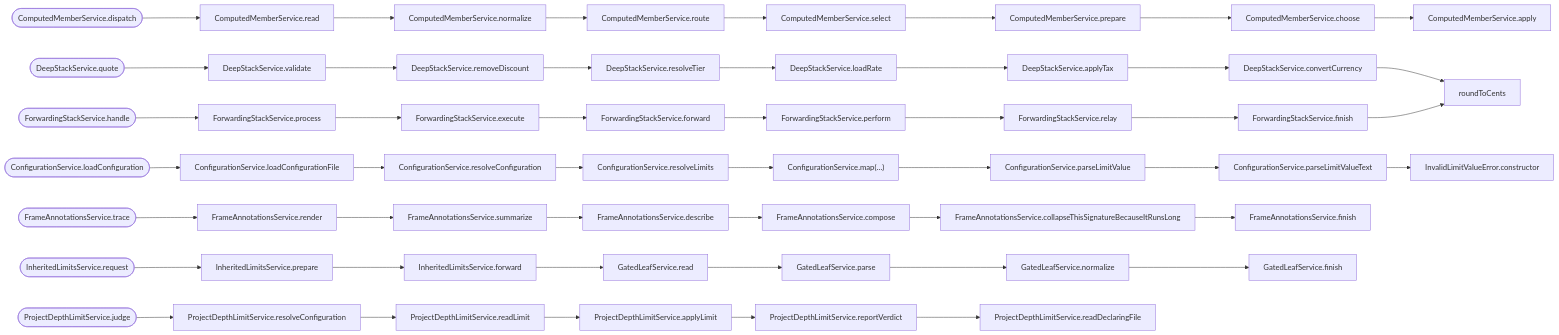
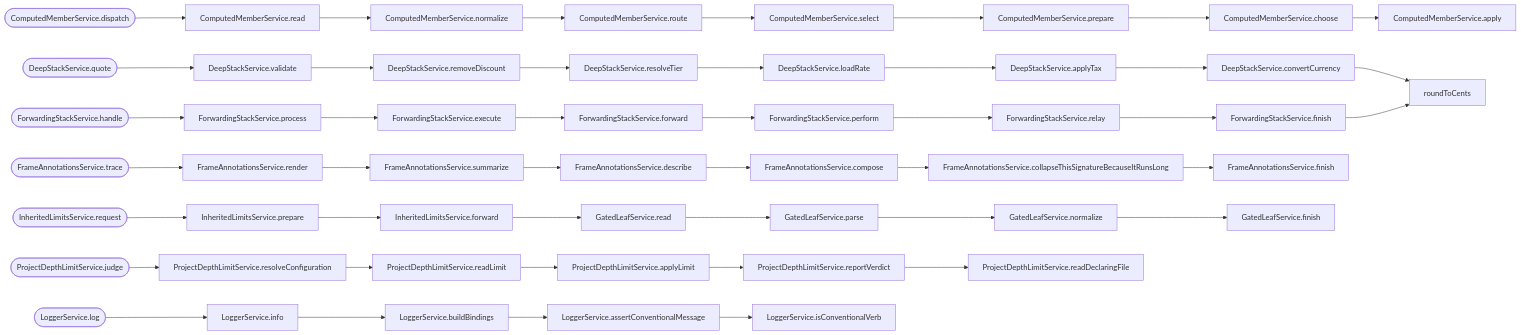
The diagram in packages/callidescope-examples/output/diagram.md (JimmyPaolini/codebase), drawn with Mermaid before and after one commit. The commit also changed other lines of this file and 68 other files, not shown here.

````diff
--- a/packages/callidescope-examples/output/diagram.md
+++ b/packages/callidescope-examples/output/diagram.md
@@ -39,34 +39,31 @@
   n20["ForwardingStackService.perform"]
   n21["ForwardingStackService.relay"]
   n22["ForwardingStackService.finish"]
-  n23(["ConfigurationService.loadConfiguration"])
-  n24["ConfigurationService.loadConfigurationFile"]
-  n25["ConfigurationService.resolveConfiguration"]
-  n26["ConfigurationService.resolveLimits"]
-  n27["ConfigurationService.map(…)"]
-  n28["ConfigurationService.parseLimitValue"]
-  n29["ConfigurationService.parseLimitValueText"]
-  n30["InvalidLimitValueError.constructor"]
-  n31(["FrameAnnotationsService.trace"])
-  n32["FrameAnnotationsService.render"]
-  n33["FrameAnnotationsService.summarize"]
-  n34["FrameAnnotationsService.describe"]
-  n35["FrameAnnotationsService.compose"]
-  n36["FrameAnnotationsService.collapseThisSignatureBecauseItRunsLong"]
-  n37["FrameAnnotationsService.finish"]
-  n38(["InheritedLimitsService.request"])
-  n39["InheritedLimitsService.prepare"]
-  n40["InheritedLimitsService.forward"]
-  n41["GatedLeafService.read"]
-  n42["GatedLeafService.parse"]
-  n43["GatedLeafService.normalize"]
-  n44["GatedLeafService.finish"]
-  n45(["ProjectDepthLimitService.judge"])
-  n46["ProjectDepthLimitService.resolveConfiguration"]
-  n47["ProjectDepthLimitService.readLimit"]
-  n48["ProjectDepthLimitService.applyLimit"]
-  n49["ProjectDepthLimitService.reportVerdict"]
-  n50["ProjectDepthLimitService.readDeclaringFile"]
+  n23(["FrameAnnotationsService.trace"])
+  n24["FrameAnnotationsService.render"]
+  n25["FrameAnnotationsService.summarize"]
+  n26["FrameAnnotationsService.describe"]
+  n27["FrameAnnotationsService.compose"]
+  n28["FrameAnnotationsService.collapseThisSignatureBecauseItRunsLong"]
+  n29["FrameAnnotationsService.finish"]
+  n30(["InheritedLimitsService.request"])
+  n31["InheritedLimitsService.prepare"]
+  n32["InheritedLimitsService.forward"]
+  n33["GatedLeafService.read"]
+  n34["GatedLeafService.parse"]
+  n35["GatedLeafService.normalize"]
+  n36["GatedLeafService.finish"]
+  n37(["ProjectDepthLimitService.judge"])
+  n38["ProjectDepthLimitService.resolveConfiguration"]
+  n39["ProjectDepthLimitService.readLimit"]
+  n40["ProjectDepthLimitService.applyLimit"]
+  n41["ProjectDepthLimitService.reportVerdict"]
+  n42["ProjectDepthLimitService.readDeclaringFile"]
+  n43(["LoggerService.log"])
+  n44["LoggerService.info"]
+  n45["LoggerService.buildBindings"]
+  n46["LoggerService.assertConventionalMessage"]
+  n47["LoggerService.isConventionalVerb"]
   n0 --> n1
   n1 --> n2
   n2 --> n3
@@ -94,22 +91,19 @@
   n26 --> n27
   n27 --> n28
   n28 --> n29
-  n29 --> n30
+  n30 --> n31
   n31 --> n32
   n32 --> n33
   n33 --> n34
   n34 --> n35
   n35 --> n36
-  n36 --> n37
+  n37 --> n38
   n38 --> n39
   n39 --> n40
   n40 --> n41
   n41 --> n42
-  n42 --> n43
   n43 --> n44
+  n44 --> n45
   n45 --> n46
   n46 --> n47
-  n47 --> n48
-  n48 --> n49
-  n49 --> n50
 ```
````
